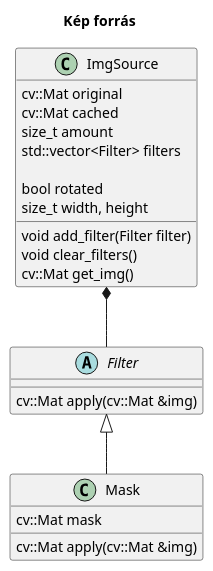
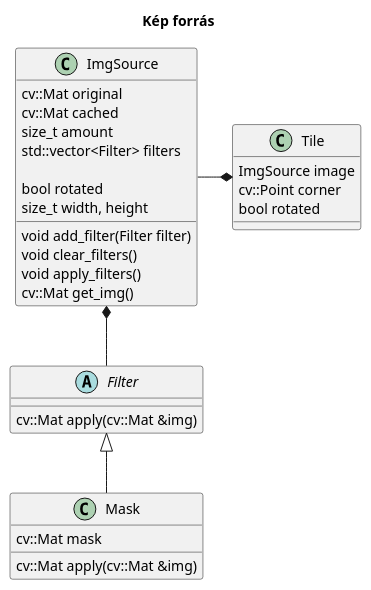
Before and after one commit to Gilgames32/printf: the diagram in uml/img_source.puml, drawn with PlantUML. The commit also changed 1 other file, not shown here.

Commit message:
uml bump

```diff
--- a/uml/img_source.puml
+++ b/uml/img_source.puml
@@ -1,36 +1,42 @@
 @startuml img_source
 
 title Kép forrás
 
 class ImgSource {
     cv::Mat original
     cv::Mat cached
     size_t amount
     std::vector<Filter> filters
     
     bool rotated
     size_t width, height
     
     void add_filter(Filter filter)
     void clear_filters()
+    void apply_filters()
     cv::Mat get_img()
 }
 
 abstract Filter {
     cv::Mat apply(cv::Mat &img)
 }
 ImgSource *-- Filter
 
 
 class Mask {
     cv::Mat mask
     cv::Mat apply(cv::Mat &img)
 }
 Filter <|-- Mask
 
 
-
+class Tile {
+    ImgSource image
+    cv::Point corner
+    bool rotated
+}
+ImgSource -* Tile
 
 
 
 @enduml
```
